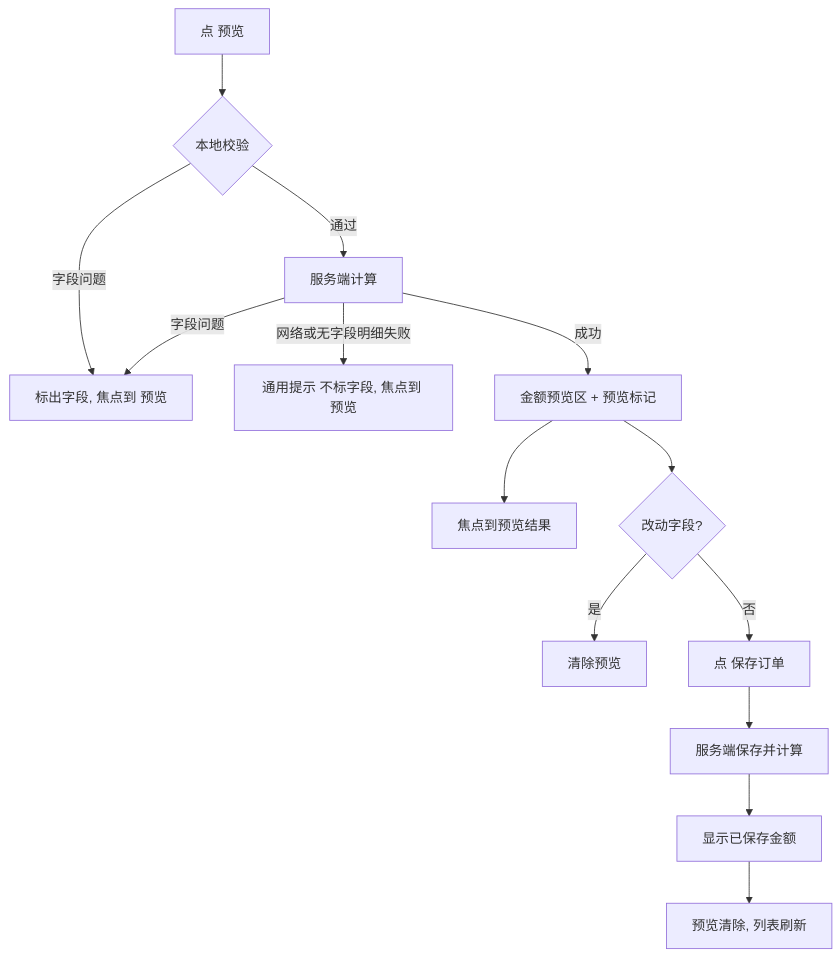
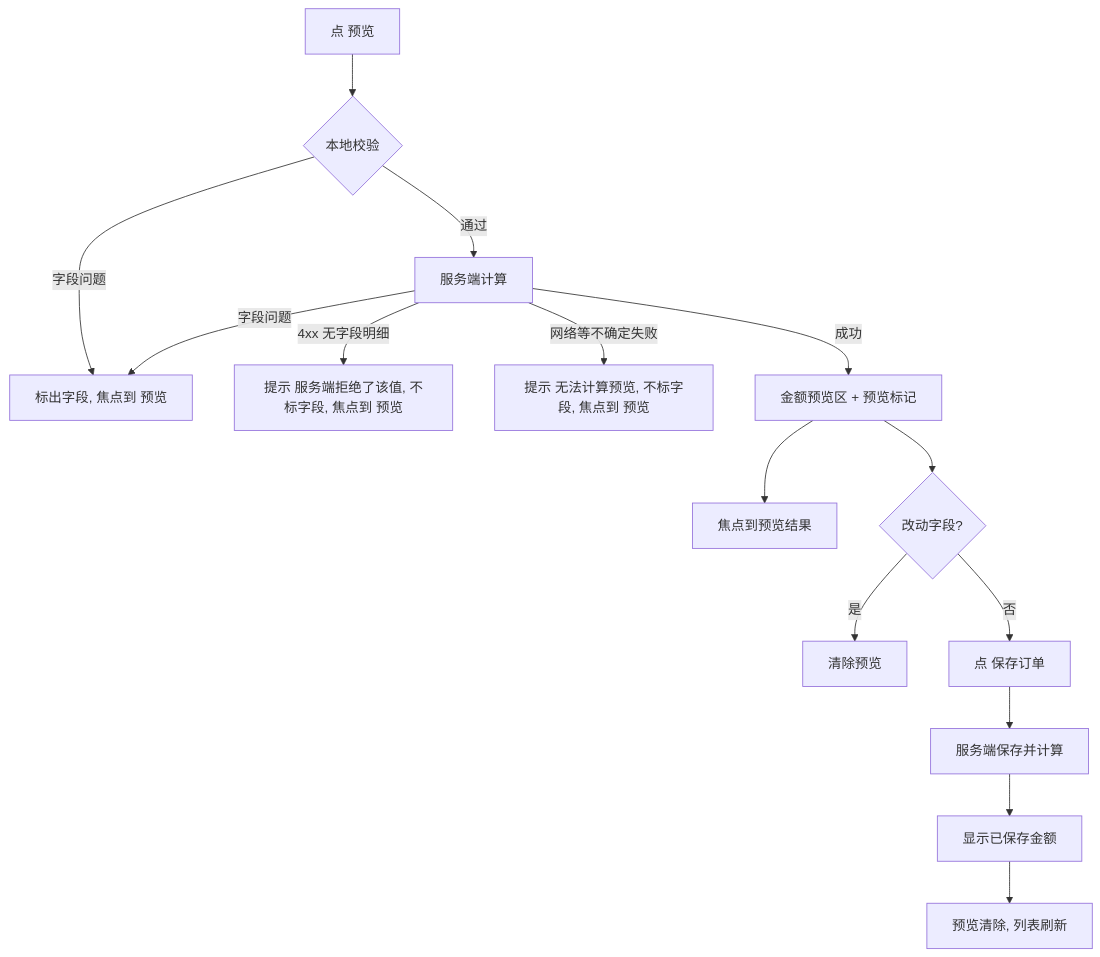
Before and after one commit to lingshf/ai-native-erp: the second of 3 diagrams in docs/flows/trade-order-flow.md, drawn with Mermaid. The commit also changed 1 other file, not shown here.

Commit message:
docs: split preview failure messages (#149 review)

````diff
--- a/docs/flows/trade-order-flow.md
+++ b/docs/flows/trade-order-flow.md
@@ -29,16 +29,17 @@
 ```mermaid
 flowchart TD
   A[点 预览] --> B{本地校验}
   B -- 字段问题 --> C[标出字段, 焦点到 预览]
   B -- 通过 --> D[服务端计算]
   D -- 字段问题 --> C
-  D -- 网络或无字段明细失败 --> N[通用提示 不标字段, 焦点到 预览]
+  D -- 4xx 无字段明细 --> M[提示 服务端拒绝了该值, 不标字段, 焦点到 预览]
+  D -- 网络等不确定失败 --> N[提示 无法计算预览, 不标字段, 焦点到 预览]
   D -- 成功 --> E[金额预览区 + 预览标记]
   E --> F[焦点到预览结果]
   E --> G{改动字段?}
   G -- 是 --> H[清除预览]
   G -- 否 --> I[点 保存订单]
   I --> J[服务端保存并计算]
   J --> K[显示已保存金额]
   K --> L[预览清除, 列表刷新]
 ```
````
